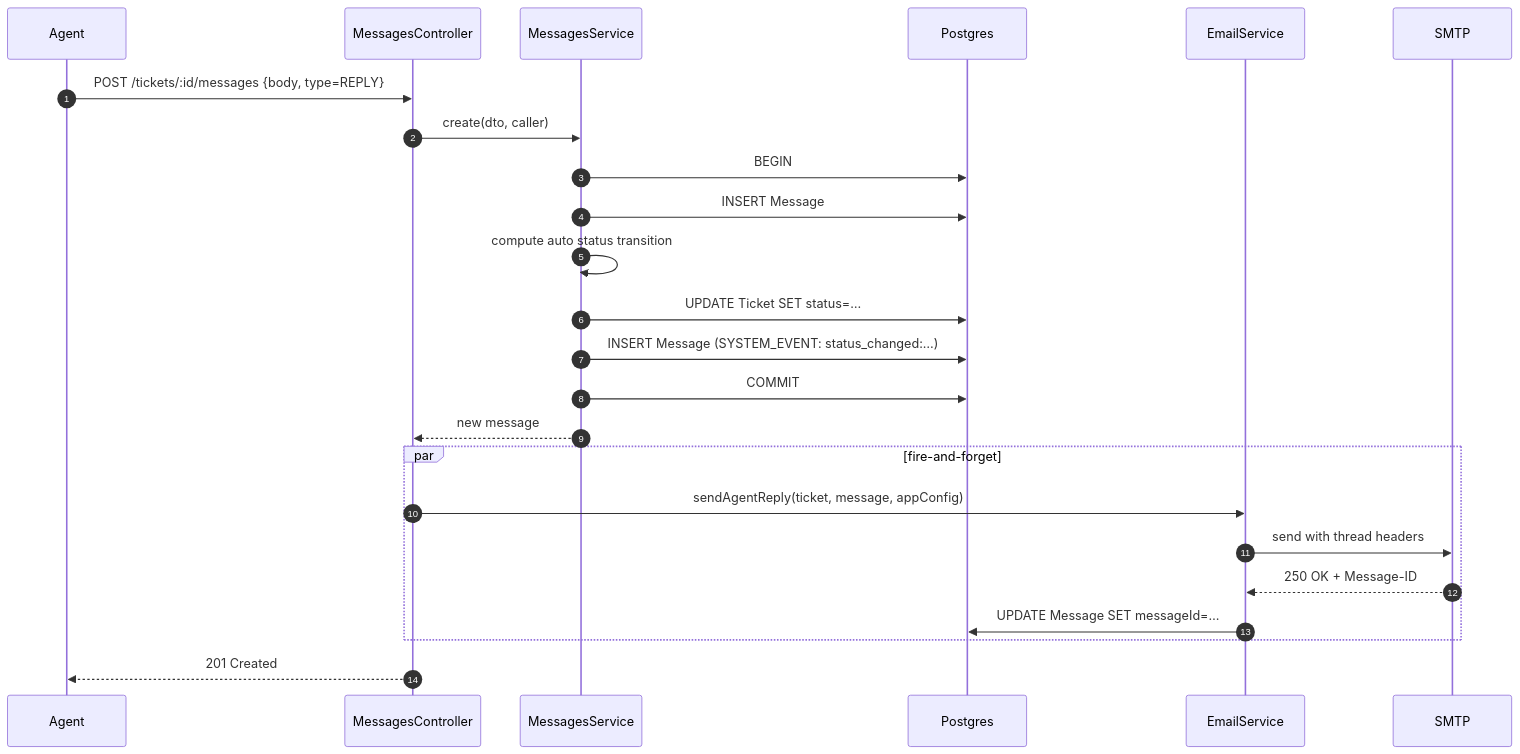
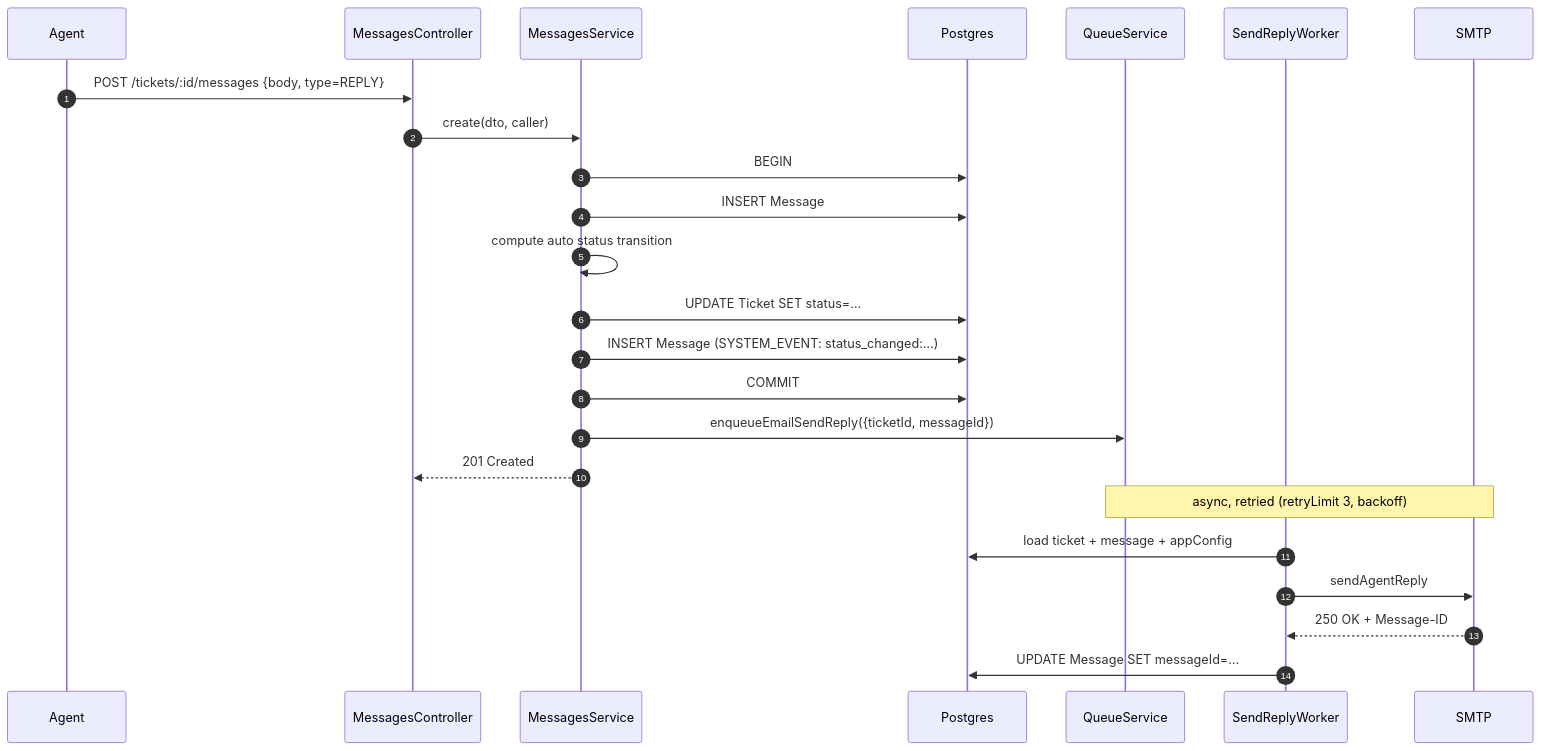
One commit to Vignesh-Siva96/tmr_athena changed the first of 2 diagrams in docs/atlas/messages.md. Above: the diagram before and after it, drawn with Mermaid. The commit also changed other lines of this file and 164 other files, not shown here.

````diff
--- a/docs/atlas/messages.md
+++ b/docs/atlas/messages.md
@@ -33,27 +33,27 @@
 ```mermaid
 sequenceDiagram
   autonumber
   participant Agent
   participant API as MessagesController
   participant Svc as MessagesService
   participant DB as Postgres
-  participant Email as EmailService
+  participant Q as QueueService
+  participant Worker as SendReplyWorker
   participant SMTP
 
   Agent->>API: POST /tickets/:id/messages {body, type=REPLY}
   API->>Svc: create(dto, caller)
   Svc->>DB: BEGIN
   Svc->>DB: INSERT Message
   Svc->>Svc: compute auto status transition
   Svc->>DB: UPDATE Ticket SET status=…
   Svc->>DB: INSERT Message (SYSTEM_EVENT: status_changed:…)
   Svc->>DB: COMMIT
-  Svc-->>API: new message
-  par fire-and-forget
-    API->>Email: sendAgentReply(ticket, message, appConfig)
-    Email->>SMTP: send with thread headers
-    SMTP-->>Email: 250 OK + Message-ID
-    Email->>DB: UPDATE Message SET messageId=…
-  end
-  API-->>Agent: 201 Created
+  Svc->>Q: enqueueEmailSendReply({ticketId, messageId})
+  Svc-->>API: 201 Created
+  note over Q,SMTP: async, retried (retryLimit 3, backoff)
+  Worker->>DB: load ticket + message + appConfig
+  Worker->>SMTP: sendAgentReply
+  SMTP-->>Worker: 250 OK + Message-ID
+  Worker->>DB: UPDATE Message SET messageId=…
 ```
````
